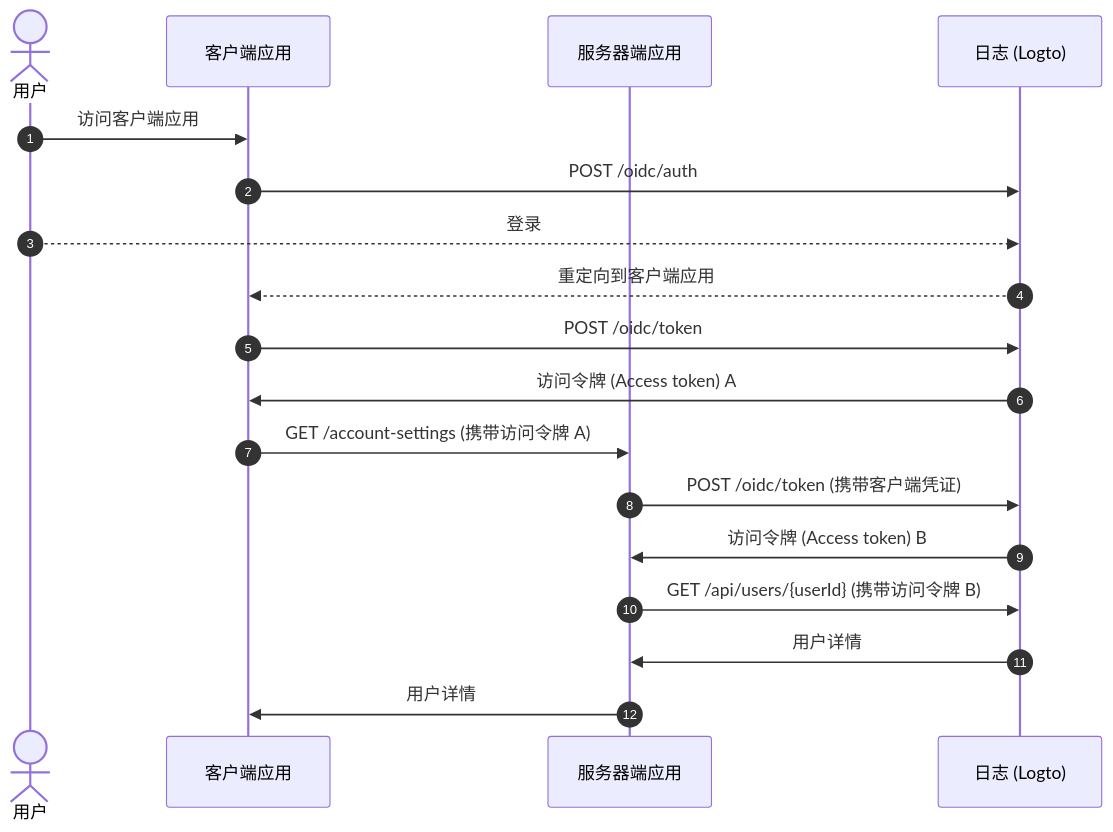
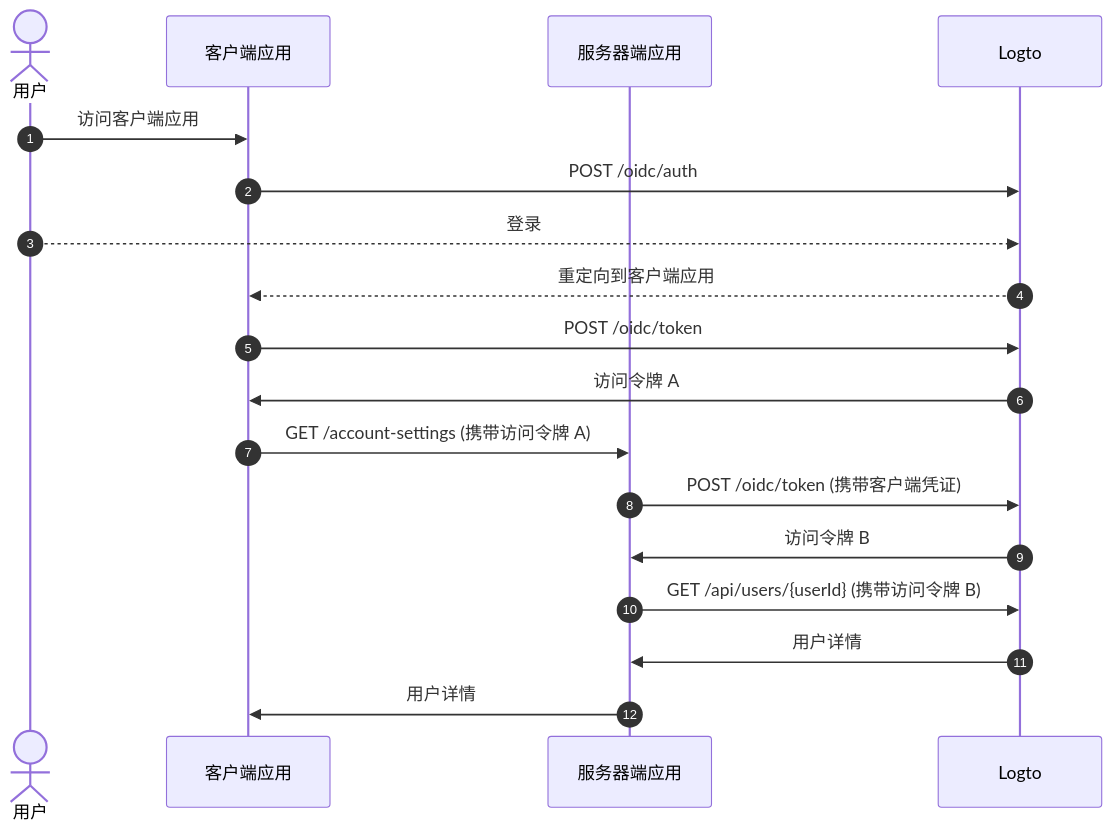
The second of 3 diagrams in i18n/zh-CN/docusaurus-plugin-content-docs/current/end-user-flows/account-settings/by-management-api.mdx (logto-io/docs), drawn with Mermaid before and after one commit. The commit also changed other lines of this file and 174 other files, not shown here.

````diff
--- a/i18n/zh-CN/docusaurus-plugin-content-docs/current/end-user-flows/account-settings/by-management-api.mdx
+++ b/i18n/zh-CN/docusaurus-plugin-content-docs/current/end-user-flows/account-settings/by-management-api.mdx
@@ -27,21 +27,21 @@
 ```mermaid
   sequenceDiagram
     autonumber
     actor User as 用户
     participant Client as 客户端应用
     participant Server as 服务器端应用
-    participant Logto as 日志 (Logto)
+    participant Logto as Logto
 
     User ->> Client: 访问客户端应用
     Client ->> Logto: POST /oidc/auth
     User -->> Logto: 登录
     Logto -->> Client: 重定向到客户端应用
     Client ->> Logto: POST /oidc/token
-    Logto ->> Client: 访问令牌 (Access token) A
+    Logto ->> Client: 访问令牌 A
     Client ->> Server: GET /account-settings (携带访问令牌 A)
     Server ->> Logto: POST /oidc/token (携带客户端凭证)
-    Logto ->> Server: 访问令牌 (Access token) B
+    Logto ->> Server: 访问令牌 B
     Server ->> Logto: GET /api/users/{userId} (携带访问令牌 B)
     Logto ->> Server: 用户详情
     Server ->> Client: 用户详情
 ```
````
